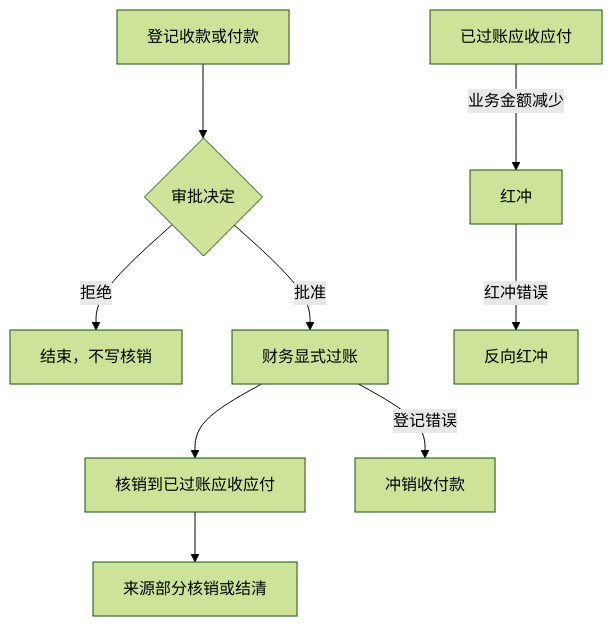
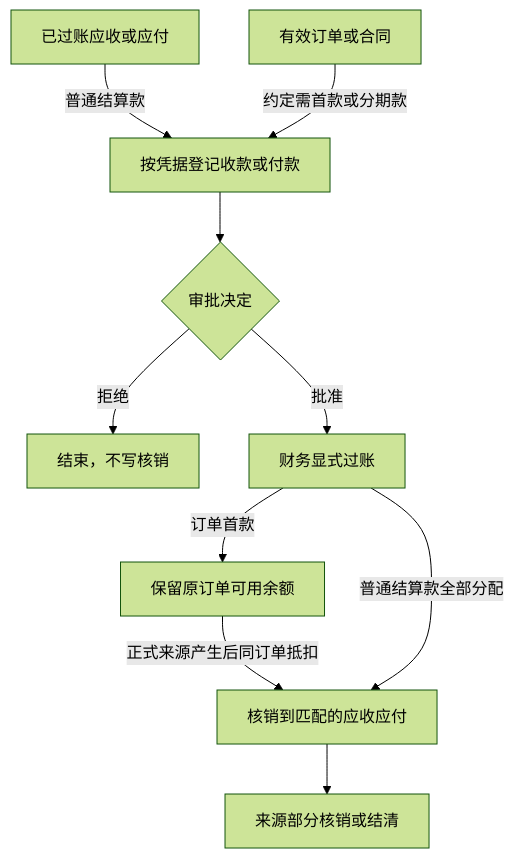
One commit to saurick/plush-toy-erp changed the second of 4 diagrams in docs/finance/财务业务与核销.md. Above: the diagram before and after it, drawn with Mermaid (forest theme). The commit also changed other lines of this file and 819 other files, not shown here.

````diff
--- a/docs/finance/财务业务与核销.md
+++ b/docs/finance/财务业务与核销.md
@@ -50,11 +56,12 @@
 ```mermaid
 flowchart TD
-  payment["登记收款或付款"] --> approve{"审批决定"}
+  source["已过账应收或应付"] -->|普通结算款| payment["按凭据登记收款或付款"]
+  order["有效订单或合同"] -->|约定需首款或分期款| payment
+  payment --> approve{"审批决定"}
   approve -->|拒绝| stop["结束，不写核销"]
   approve -->|批准| post["财务显式过账"]
-  post --> allocate["核销到已过账应收应付"]
+  post -->|订单首款| balance["保留原订单可用余额"]
+  balance -->|正式来源产生后同订单抵扣| allocate["核销到匹配的应收应付"]
+  post -->|普通结算款全部分配| allocate
   allocate --> settled["来源部分核销或结清"]
-  post -->|登记错误| reverse["冲销收付款"]
-  source["已过账应收应付"] -->|业务金额减少| credit["红冲"]
-  credit -->|红冲错误| undo["反向红冲"]
 ```
````
